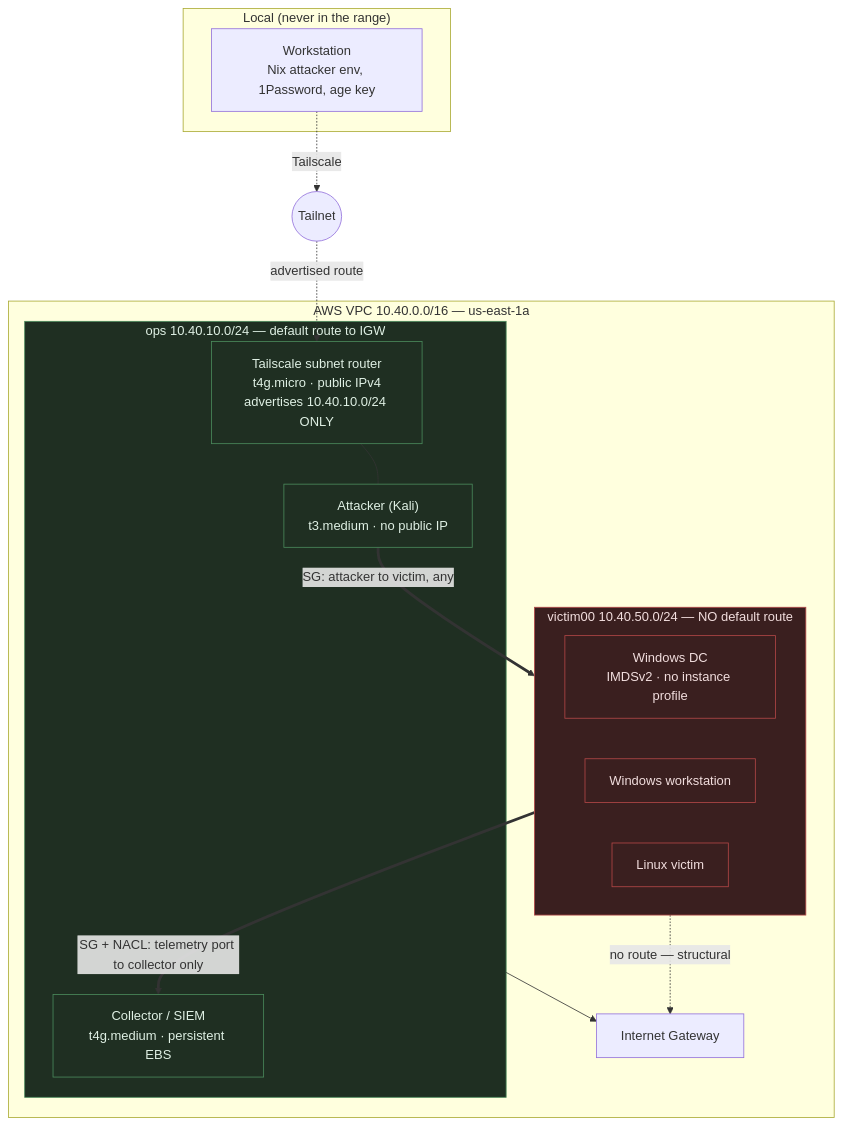
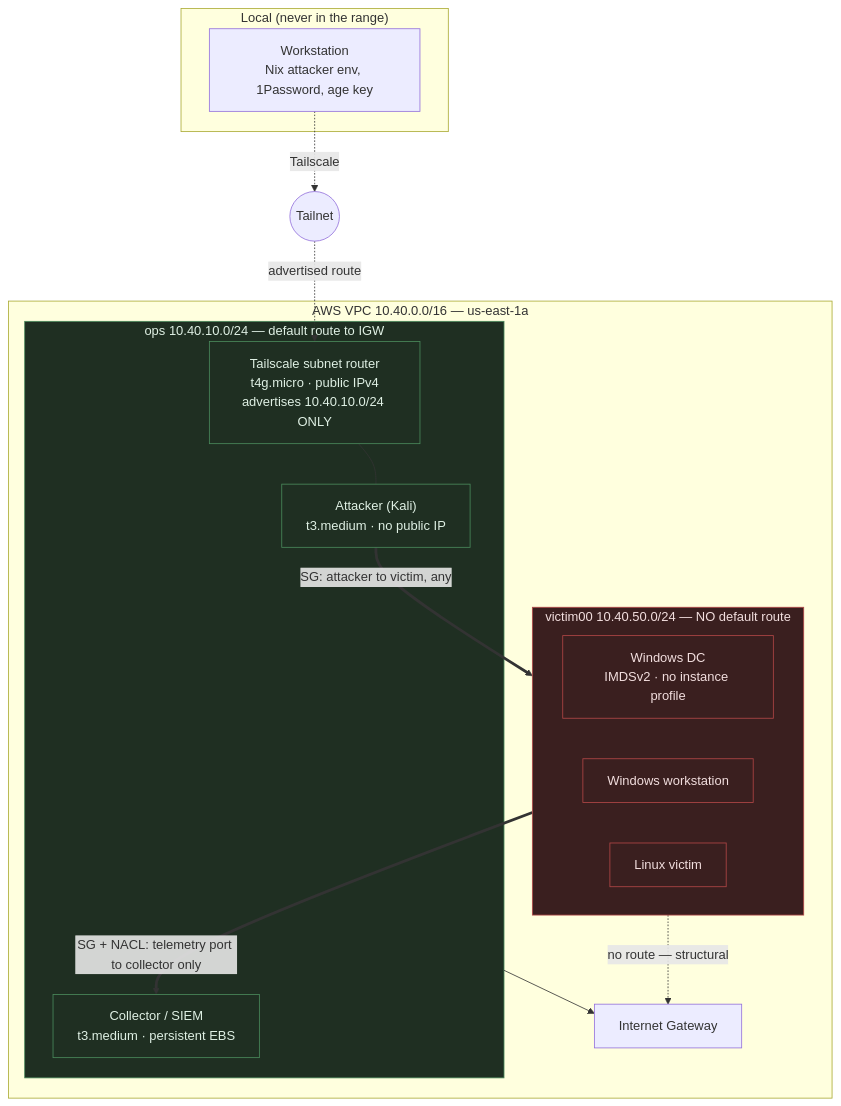
Before and after one commit to alexrf45/security-labs: the first of 2 diagrams in _docs/decisions/0011-aws-provider-and-range-topology.md, drawn with Mermaid. The commit also changed other lines of this file and 37 other files, not shown here.

````diff
--- a/_docs/decisions/0011-aws-provider-and-range-topology.md
+++ b/_docs/decisions/0011-aws-provider-and-range-topology.md
@@ -211,35 +214,35 @@
 ```mermaid
 graph TB
     subgraph local["Local (never in the range)"]
         WS["Workstation<br/>Nix attacker env, 1Password, age key"]
     end
 
     TS(("Tailnet"))
     WS -.->|"Tailscale"| TS
 
     subgraph vpc["AWS VPC 10.40.0.0/16 — us-east-1a"]
         subgraph ops["ops 10.40.10.0/24 — default route to IGW"]
             R["Tailscale subnet router<br/>t4g.micro · public IPv4<br/>advertises 10.40.10.0/24 ONLY"]
             K["Attacker (Kali)<br/>t3.medium · no public IP"]
-            C["Collector / SIEM<br/>t4g.medium · persistent EBS"]
+            C["Collector / SIEM<br/>t3.medium · persistent EBS"]
         end
         subgraph victim["victim00 10.40.50.0/24 — NO default route"]
             D1["Windows DC<br/>IMDSv2 · no instance profile"]
             D2["Windows workstation"]
             D3["Linux victim"]
         end
         IGW["Internet Gateway"]
     end
 
     TS -.->|"advertised route"| R
     ops --> IGW
     R --- K
     K ==>|"SG: attacker to victim, any"| victim
     victim ==>|"SG + NACL: telemetry port to collector only"| C
     victim -.->|"no route — structural"| IGW
 
     classDef danger fill:#3a1f1f,stroke:#b34747,color:#f2dede
     classDef safe fill:#1f2f22,stroke:#4a8a5c,color:#dff0e4
     class victim,D1,D2,D3 danger
     class ops,R,K,C safe
 ```
````
